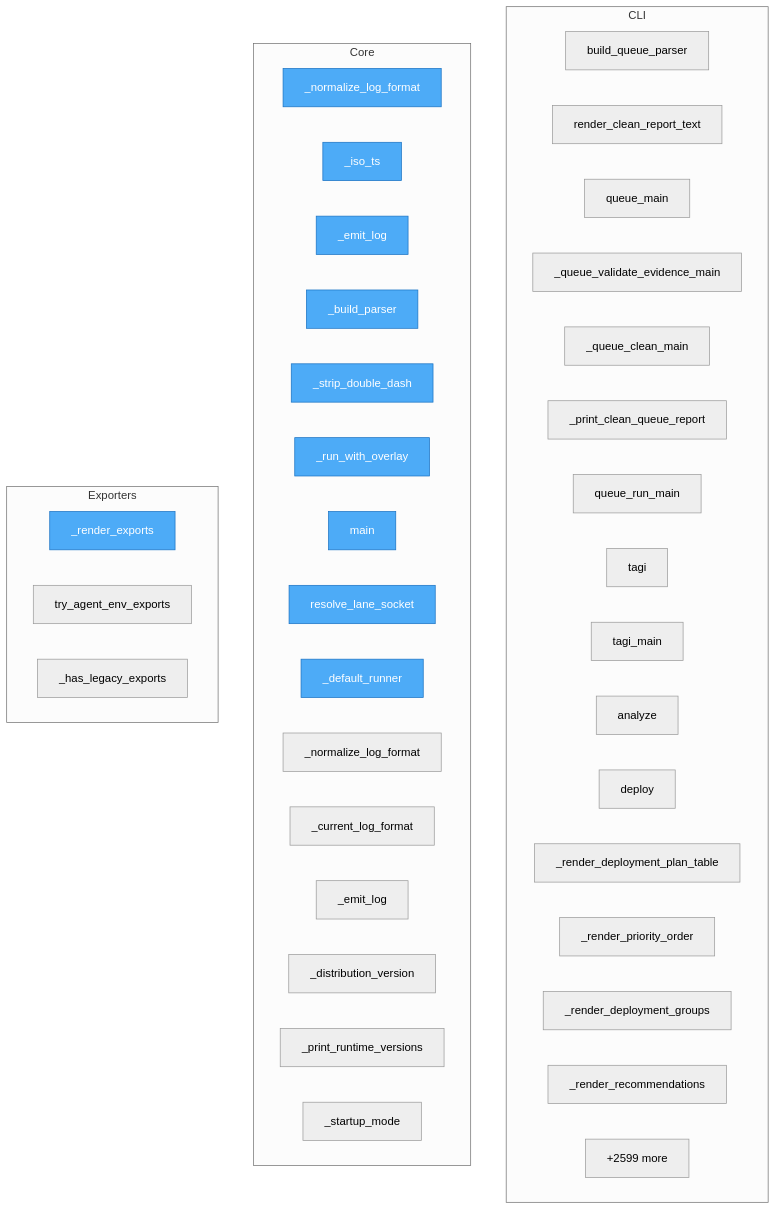
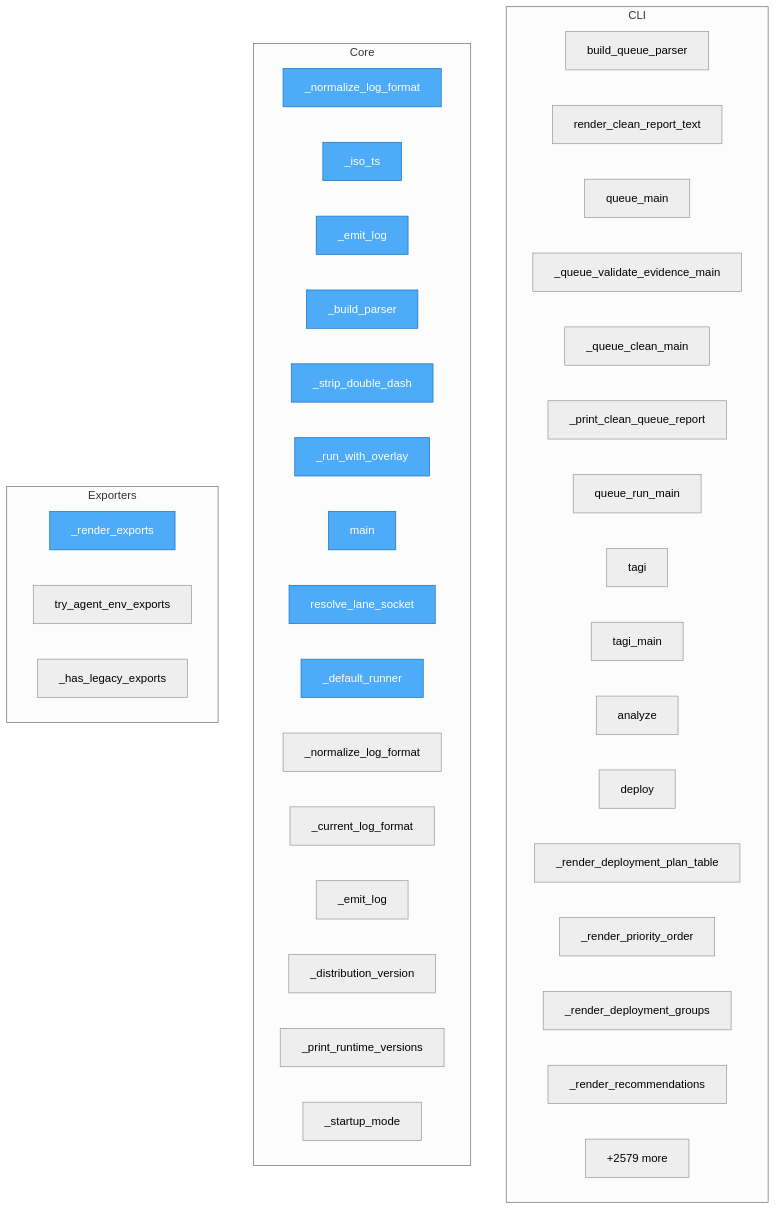
One commit to semcod/koru changed the diagram in project/flow.mmd. Above: the diagram before and after it, drawn with Mermaid (neutral theme). The commit also changed 54 other files, not shown here.

```diff
--- a/project/flow.mmd
+++ b/project/flow.mmd
@@ -1,51 +1,51 @@
 flowchart TD
-%% generated in 0.56s
+%% generated in 0.64s
 
     %% Entry points (blue)
     classDef entry fill:#4dabf7,stroke:#1971c2,color:#fff
 
     subgraph CLI
         koru__cli_queue__build_queue_parser["build_queue_parser"]
         koru__cli_queue__render_clean_report_text["render_clean_report_text"]
         koru__cli_queue__queue_main["queue_main"]
         koru__cli_queue___queue_validate_evidence_main["_queue_validate_evidence_main"]
         koru__cli_queue___queue_clean_main["_queue_clean_main"]
         koru__cli_queue___print_clean_queue_report["_print_clean_queue_report"]
         koru__cli_queue__queue_run_main["queue_run_main"]
         koru__cli_tagi__tagi["tagi"]
         koru__cli_tagi__tagi_main["tagi_main"]
         koru__cli_tagi__analyze["analyze"]
         koru__cli_tagi__deploy["deploy"]
         koru__cli_tagi___render_deployment_plan_table["_render_deployment_plan_table"]
         koru__cli_tagi___render_priority_order["_render_priority_order"]
         koru__cli_tagi___render_deployment_groups["_render_deployment_groups"]
         koru__cli_tagi___render_recommendations["_render_recommendations"]
         ...["+4 more"]
     end
 
     subgraph Core
         packages__koruenv__src__koruenv__cli___normalize_log_format["_normalize_log_format"]
         packages__koruenv__src__koruenv__cli___iso_ts["_iso_ts"]
         packages__koruenv__src__koruenv__cli___emit_log["_emit_log"]
         packages__koruenv__src__koruenv__cli___build_parser["_build_parser"]
         packages__koruenv__src__koruenv__cli___strip_double_dash["_strip_double_dash"]
         packages__koruenv__src__koruenv__cli___run_with_overlay["_run_with_overlay"]
         packages__koruenv__src__koruenv__cli__main["main"]
         packages__koruenv__src__koruenv__lane__resolve_lane_socket["resolve_lane_socket"]
         packages__coru__src__coru__ecosystem___default_runner["_default_runner"]
         packages__coru__src__coru__cli___normalize_log_format["_normalize_log_format"]
         packages__coru__src__coru__cli___current_log_format["_current_log_format"]
         packages__coru__src__coru__cli___emit_log["_emit_log"]
         packages__coru__src__coru__cli___distribution_version["_distribution_version"]
         packages__coru__src__coru__cli___print_runtime_versions["_print_runtime_versions"]
         packages__coru__src__coru__cli___startup_mode["_startup_mode"]
-        ...["+2599 more"]
+        ...["+2579 more"]
     end
 
     subgraph Exporters
         packages__koruenv__src__koruenv__cli___render_exports["_render_exports"]
         src__koru__agent_cli_helpers__try_agent_env_exports["try_agent_env_exports"]
         src__koru__cli___has_legacy_exports["_has_legacy_exports"]
     end
 
     class packages__koruenv__src__koruenv__cli___normalize_log_format,packages__koruenv__src__koruenv__cli___iso_ts,packages__koruenv__src__koruenv__cli___emit_log,packages__koruenv__src__koruenv__cli___build_parser,packages__koruenv__src__koruenv__cli___render_exports,packages__koruenv__src__koruenv__cli___strip_double_dash,packages__koruenv__src__koruenv__cli___run_with_overlay,packages__koruenv__src__koruenv__cli__main,packages__koruenv__src__koruenv__lane__resolve_lane_socket,packages__coru__src__coru__ecosystem___default_runner entry
```
